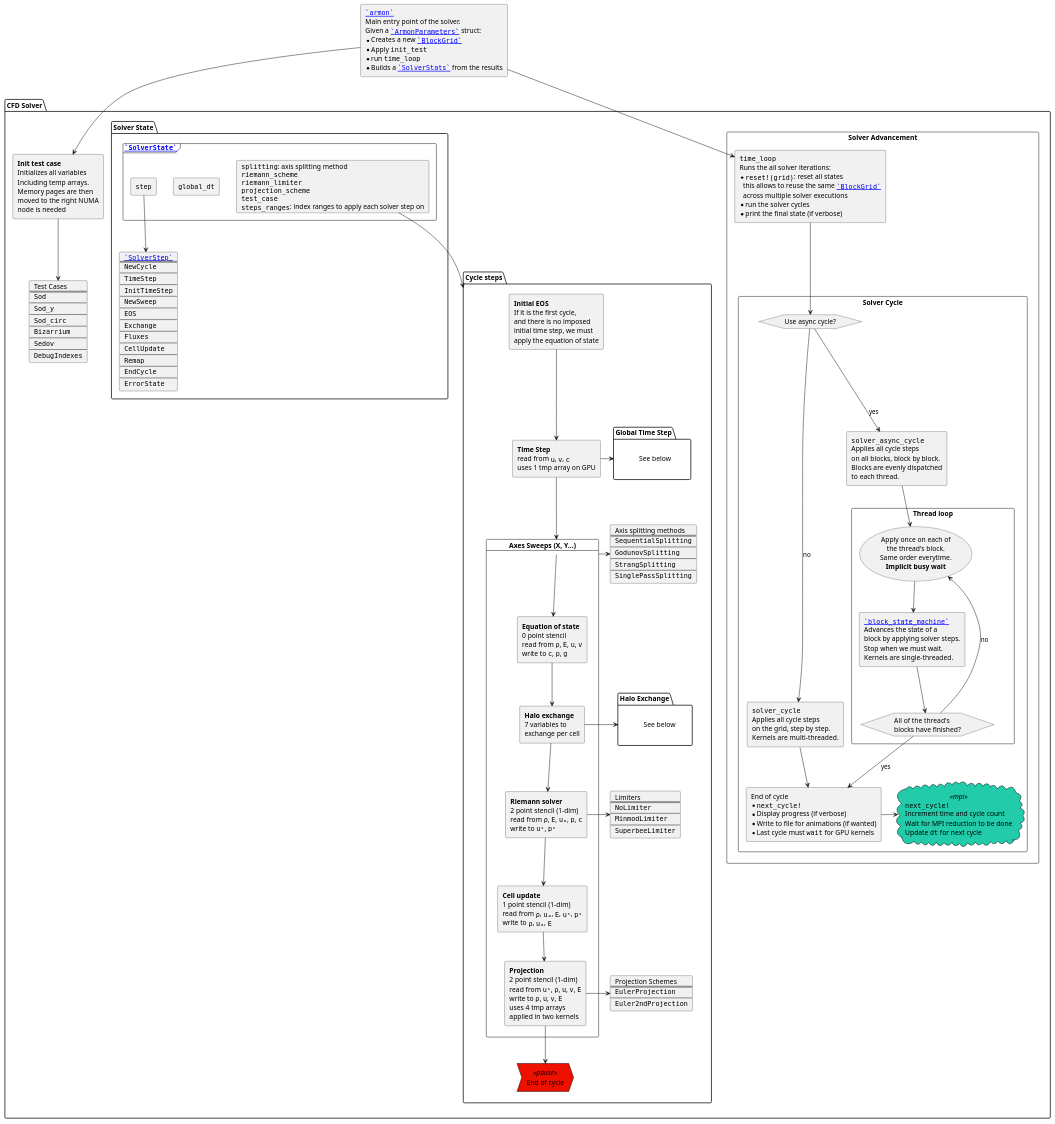
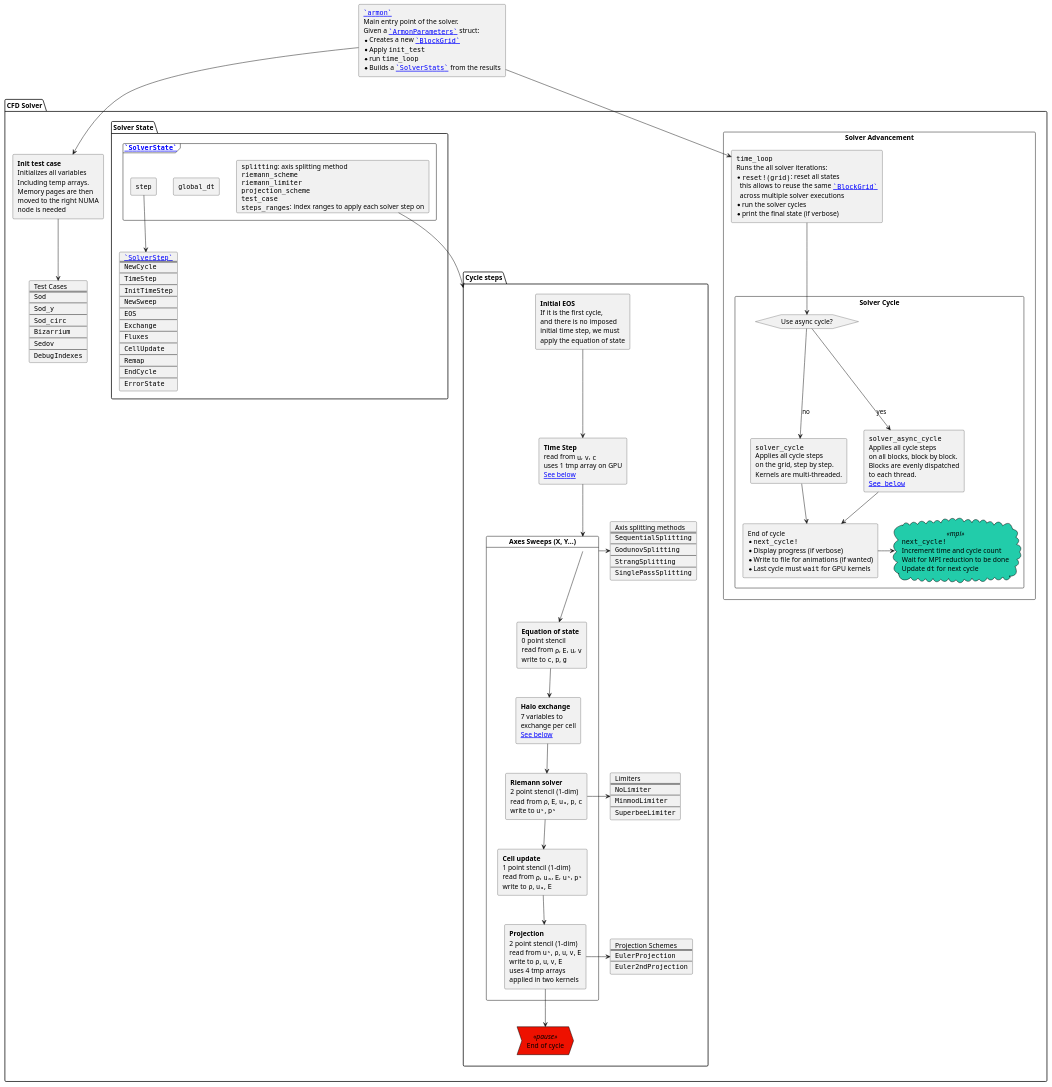
Before and after one commit to Keluaa/Armon.jl: the diagram in docs/src/uml/structure.puml, drawn with PlantUML. The commit also changed 2 other files, not shown here.

Commit message:
Split thread loop into another diagram

```diff
--- a/docs/src/uml/structure.puml
+++ b/docs/src/uml/structure.puml
@@ -57,11 +57,8 @@
             **Time Step**
             read from ""u"", ""v"", ""c""
             uses 1 tmp array on GPU
+            [["[Global time step](@ref strct_global_time_step)" See below]]
         ]
-
-        package "Global Time Step" as pkg_global_time_step {
-            label "See below  "
-        }
 
         card "Axes Sweeps (X, Y...)" as solver_sweeps {
             rectangle step_EOS [
@@ -74,6 +71,7 @@
                 **Halo exchange**
                 7 variables to
                 exchange per cell
+                [["[Halo exchange](@ref strct_halo_exchange)" See below]]
             ]
             rectangle step_riemann [
                 **Riemann solver**
@@ -138,14 +136,9 @@
             ""Euler2ndProjection""
         ]
 
-        package "Halo Exchange" as pkg_halo_exchange {
-            label "See below"
-        }
-
         solver_sweeps -> axis_splitting
         step_riemann -> limiters
         step_projection -> projection_schemes
-        step_halo_exchange -> pkg_halo_exchange
     }
 
     rectangle "Solver Advancement" as block_iter {
@@ -176,33 +169,8 @@
                 on all blocks, block by block.
                 Blocks are evenly dispatched
                 to each thread.
+                ""[["[Solver async cycle](@ref strct_solver_async_cycle)" See below]]""
             ]
-
-            rectangle "Thread loop" as solver_async_cycle_thread {
-                usecase thread_cycle_loop_start [
-                    Apply once on each of
-                    the thread's block.
-                    Same order everytime.
-                    **Implicit busy wait**
-                ]
-
-                rectangle block_state_machine [
-                    ""[[`block_state_machine`]]""
-                    Advances the state of a
-                    block by applying solver steps.
-                    Stop when we must wait.
-                    Kernels are single-threaded.
-                ]
-
-                hexagon cond_thread_cycle_end [
-                    All of the thread's
-                    blocks have finished?
-                ]
-
-                thread_cycle_loop_start --> block_state_machine
-                block_state_machine --> cond_thread_cycle_end
-                cond_thread_cycle_end --> thread_cycle_loop_start : no
-            }
 
             rectangle solver_cycle_end [
                 End of cycle
@@ -221,10 +189,9 @@
 
             cond_async_cycle --> solver_cycle : no
             cond_async_cycle --> solver_async_cycle : yes
-            solver_async_cycle --> thread_cycle_loop_start
 
             solver_cycle --> solver_cycle_end
-            cond_thread_cycle_end --> solver_cycle_end : yes
+            solver_async_cycle --> solver_cycle_end
             solver_cycle_end -> next_cycle
         }
 
@@ -275,8 +242,6 @@
         solver_state_step --> solver_step
     }
 
-    step_time_step -> pkg_global_time_step
-
     solver_state_solver_params --> solver_steps
 }
 
```
